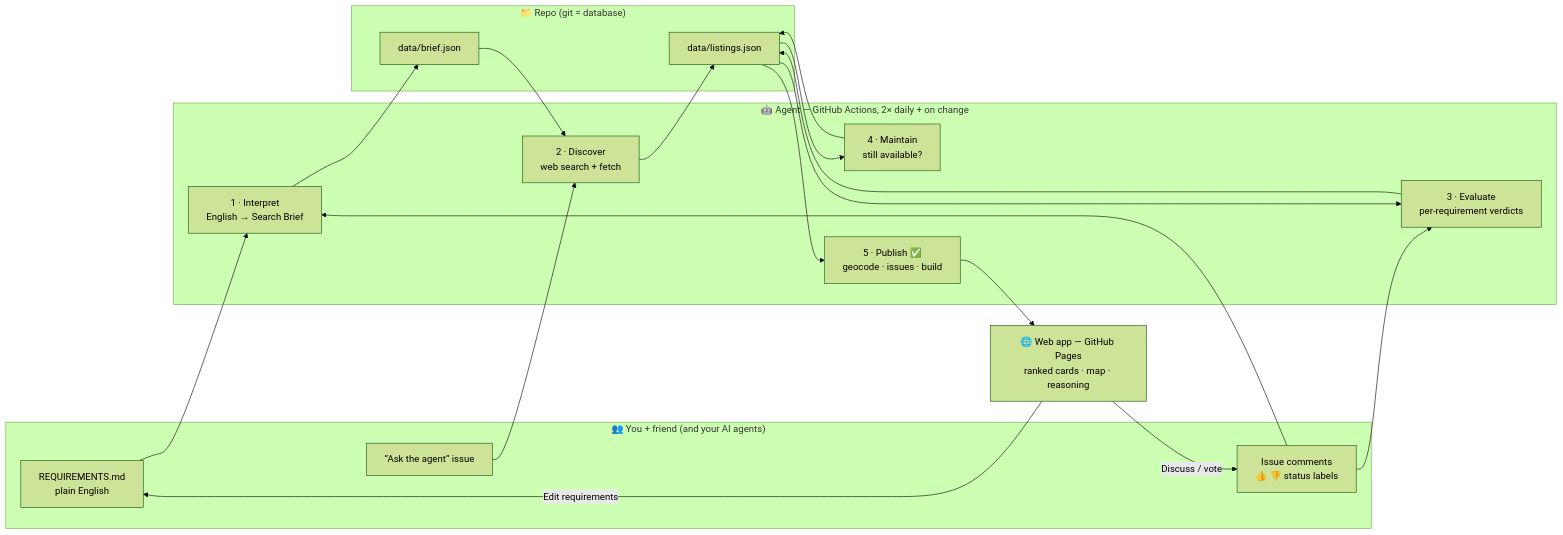
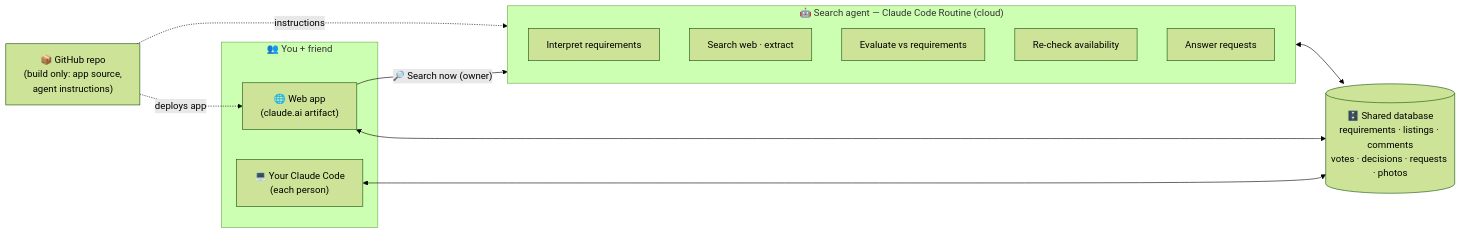
Before and after one commit to ddfzhh/z16f_find_houses: the diagram in SYSTEM.md, drawn with Mermaid (forest theme). The commit also changed other lines of this file and 8 other files, not shown here.

First line of the commit message:
Redesign: people use only the web app or Claude Code

````diff
--- a/SYSTEM.md
+++ b/SYSTEM.md
@@ -41,33 +51,26 @@
 ```mermaid
 flowchart LR
-  subgraph You["👥 You + friend (and your AI agents)"]
-    R[REQUIREMENTS.md<br/>plain English]
-    C[Issue comments<br/>👍 👎 status labels]
-    Q[“Ask the agent” issue]
+  subgraph People["👥 You + friend"]
+    UI["🌐 Web app<br/>(claude.ai artifact)"]
+    CC["💻 Your Claude Code<br/>(each person)"]
   end
 
-  subgraph Agent["🤖 Agent — GitHub Actions, 2× daily + on change"]
-    I[1 · Interpret<br/>English → Search Brief]
-    D[2 · Discover<br/>web search + fetch]
-    E[3 · Evaluate<br/>per-requirement verdicts]
-    M[4 · Maintain<br/>still available?]
-    P[5 · Publish ✅<br/>geocode · issues · build]
+  DB[("🗄️ Shared database<br/>requirements · listings · comments<br/>votes · decisions · requests · photos")]
+
+  subgraph Agent["🤖 Search agent — Claude Code Routine (cloud)"]
+    A1[Interpret requirements]
+    A2[Search web · extract]
+    A3[Evaluate vs requirements]
+    A4[Re-check availability]
+    A5[Answer requests]
   end
 
-  subgraph Store["📁 Repo (git = database)"]
-    B[data/brief.json]
-    L[data/listings.json]
-  end
+  GH["📦 GitHub repo<br/>(build only: app source,<br/>agent instructions)"]
 
-  W["🌐 Web app — GitHub Pages<br/>ranked cards · map · reasoning"]
-
-  R --> I --> B --> D --> L
-  C --> I
-  C --> E
-  L --> E --> L
-  L --> M --> L
-  L --> P --> W
-  Q --> D
-  W -- Discuss / vote --> C
-  W -- Edit requirements --> R
+  UI <--> DB
+  CC <--> DB
+  Agent <--> DB
+  GH -. deploys app .-> UI
+  GH -. instructions .-> Agent
+  UI -- "🔎 Search now (owner)" --> Agent
 ```
````
